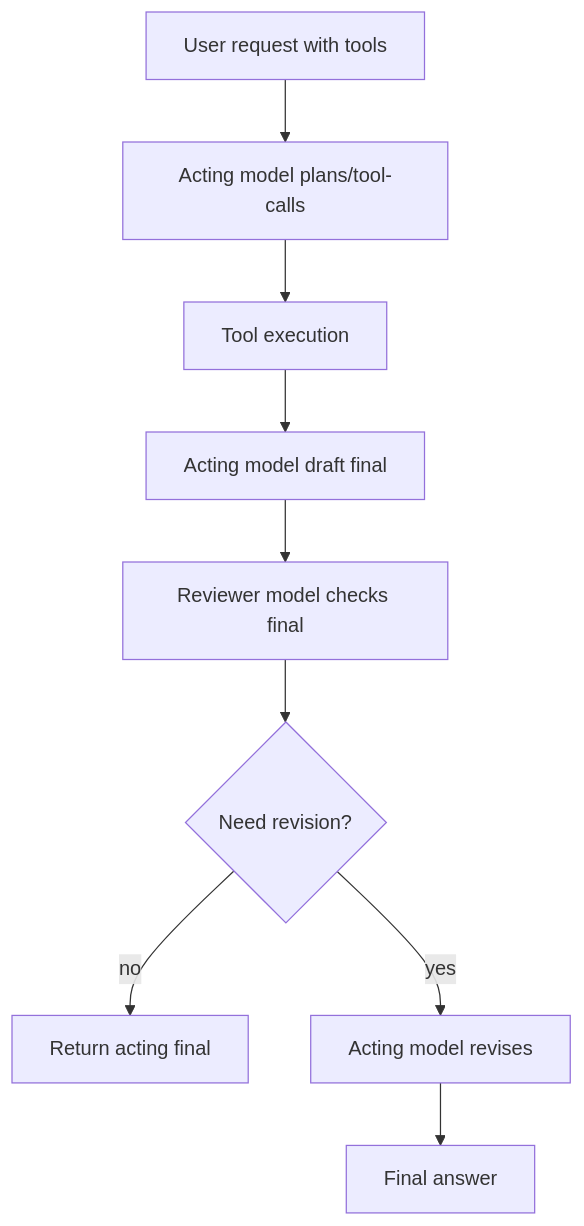
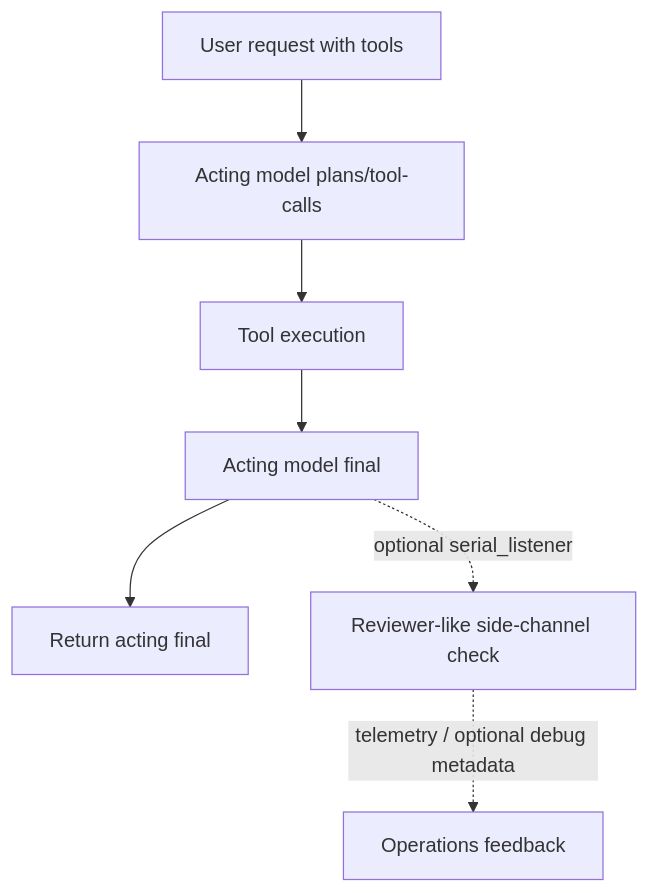
One commit to BlueSkyXN/XRouter changed diagram 13 of 14 in docs/strategy/XROUTER_STRATEGY_DESIGN_FULL.md. Above: the diagram before and after it, drawn with Mermaid. The commit also changed other lines of this file and 1 other file, not shown here.

Commit message:
docs: align dual path tool acting semantics

````diff
--- a/docs/strategy/XROUTER_STRATEGY_DESIGN_FULL.md
+++ b/docs/strategy/XROUTER_STRATEGY_DESIGN_FULL.md
@@ -1277,11 +1277,9 @@
 ```mermaid
 flowchart TD
     A[User request with tools] --> B[Acting model plans/tool-calls]
     B --> C[Tool execution]
-    C --> D[Acting model draft final]
-    D --> E[Reviewer model checks final]
-    E --> F{Need revision?}
-    F -- no --> G[Return acting final]
-    F -- yes --> H[Acting model revises]
-    H --> I[Final answer]
+    C --> D[Acting model final]
+    D --> E[Return acting final]
+    D -. optional serial_listener .-> F[Reviewer-like side-channel check]
+    F -. telemetry / optional debug metadata .-> G[Operations feedback]
 ```
````
